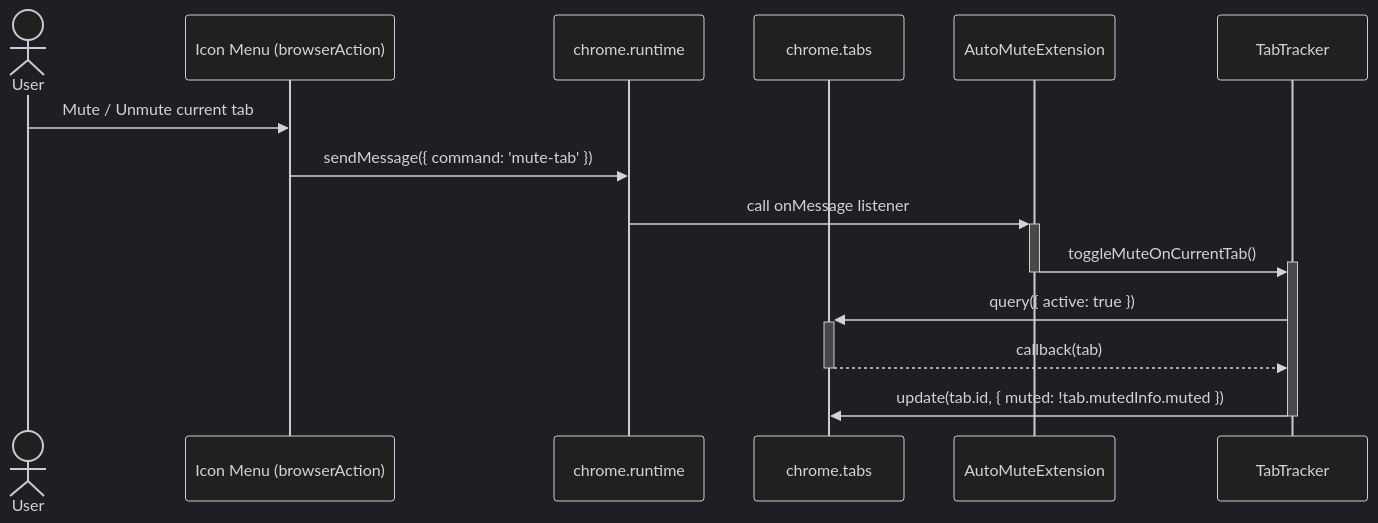
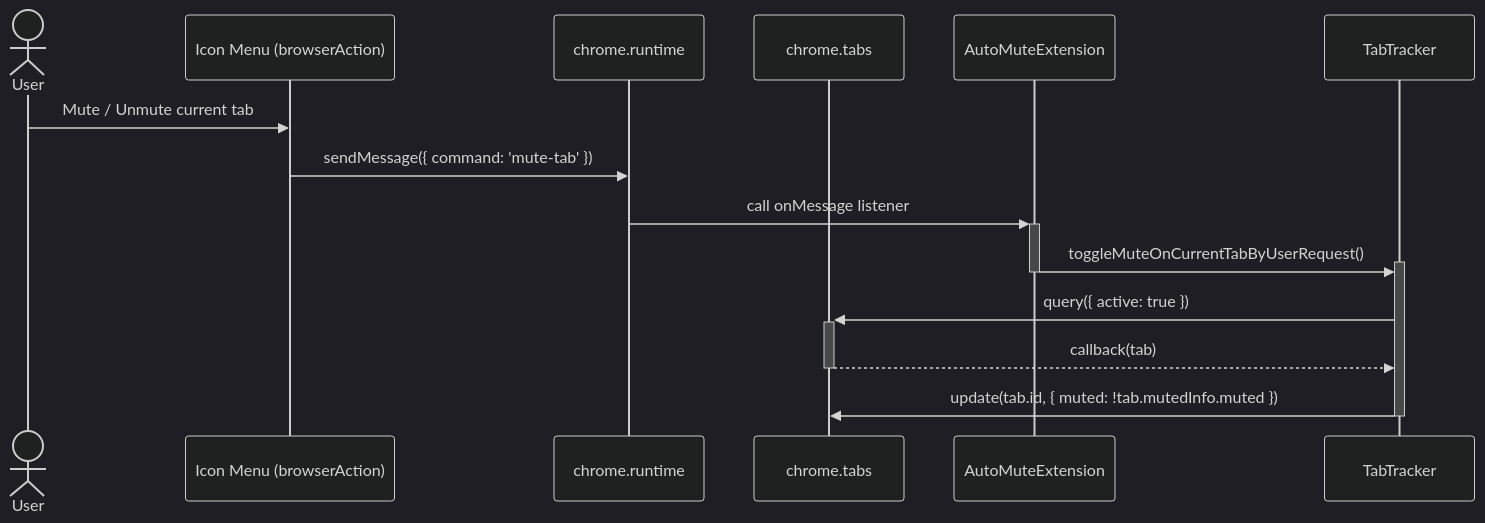
Before and after one commit to danBhentschel/auto-mute: the first of 4 diagrams in docs/SequenceDiagrams.md, drawn with Mermaid (dark theme). The commit also changed other lines of this file and 66 other files, not shown here.

Commit message:
Many updates to architecture, execution, and tests.

````diff
--- a/docs/SequenceDiagrams.md
+++ b/docs/SequenceDiagrams.md
@@ -17,19 +19,19 @@
 ```mermaid
 sequenceDiagram
     actor user as User
     participant browserAction as Icon Menu (browserAction)
     participant runtime as chrome.runtime
     participant tabs as chrome.tabs
     participant extension as AutoMuteExtension
     participant tracker as TabTracker
 
     user->>browserAction: Mute / Unmute current tab
     browserAction->>runtime: sendMessage({ command: 'mute-tab' })
     runtime->>+extension: call onMessage listener
-    extension->>+tracker: toggleMuteOnCurrentTab()
+    extension->>+tracker: toggleMuteOnCurrentTabByUserRequest()
     deactivate extension
     tracker->>+tabs: query({ active: true })
     tabs-->>-tracker: callback(tab)
     tracker->>tabs: update(tab.id, { muted: !tab.mutedInfo.muted })
     deactivate tracker
 ```
````
